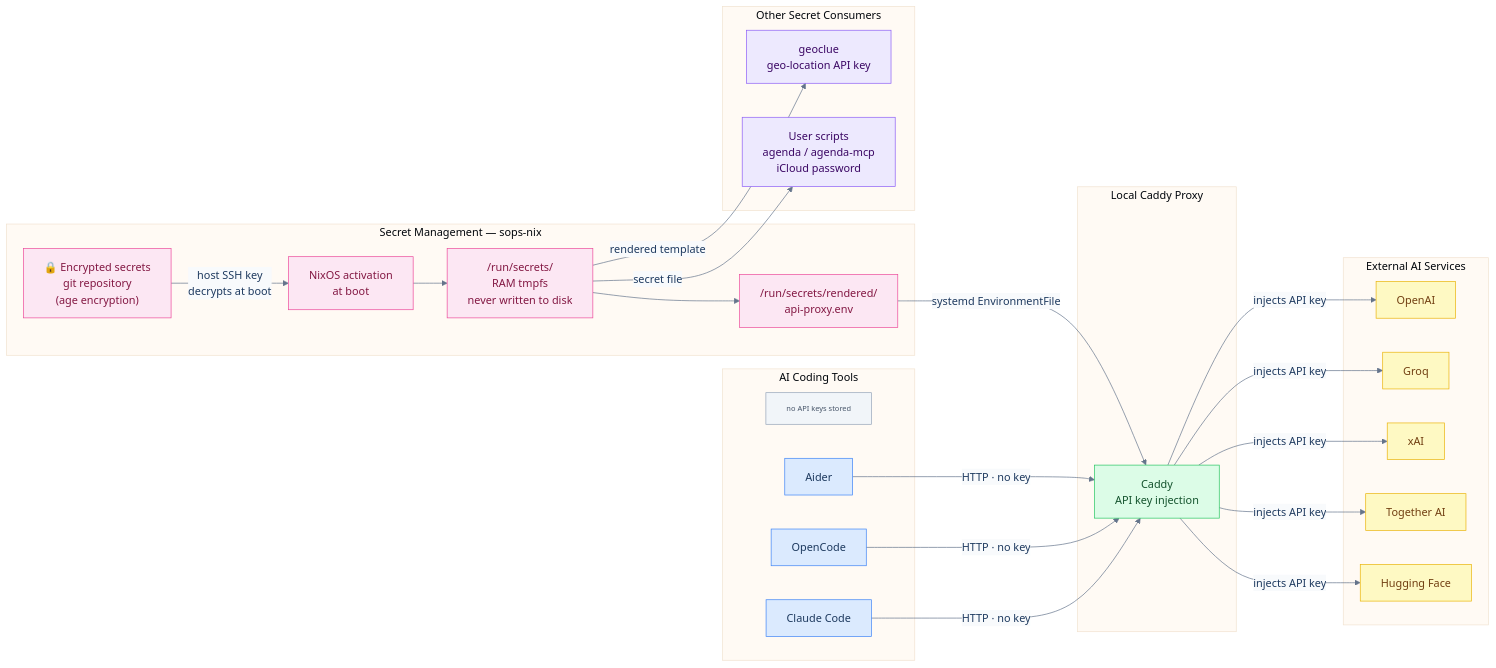
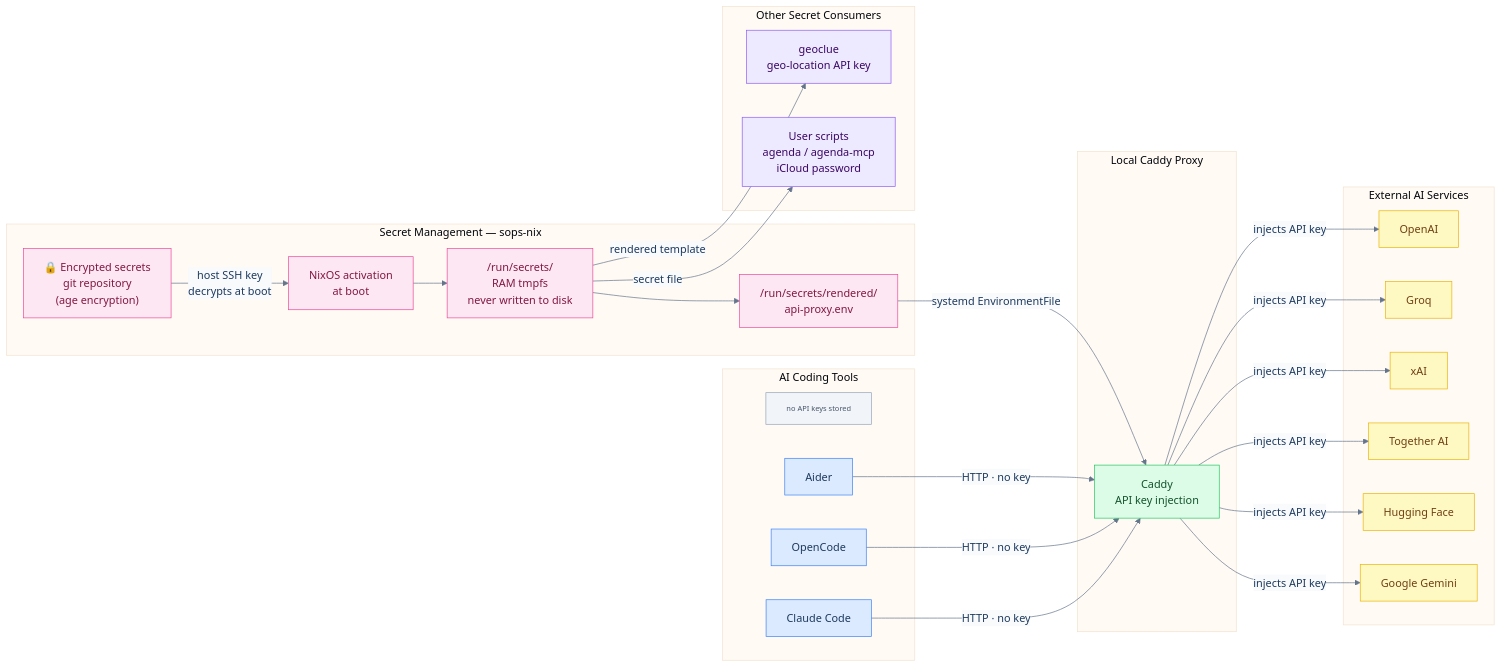
Before and after one commit to Pierre-Thibault/nixos-config: the diagram in doc/sops-architecture.mmd, drawn with Mermaid. The commit also changed 3 other files, not shown here.

Commit message:
Adding Gemini upstream to the API proxy.

```diff
--- a/doc/sops-architecture.mmd
+++ b/doc/sops-architecture.mmd
@@ -1,64 +1,66 @@
 %%{init: {"theme": "base", "themeVariables": {
   "primaryColor": "#dbeafe",
   "primaryBorderColor": "#3b82f6",
   "primaryTextColor": "#1e3a5f",
   "lineColor": "#64748b",
   "edgeLabelBackground": "#f8fafc"
 }}}%%
 flowchart LR
     subgraph tools["AI Coding Tools"]
         note1["no API keys stored"]:::note
         cc[Claude Code]:::tool
         oc[OpenCode]:::tool
         ai[Aider]:::tool
     end
 
     subgraph proxy["Local Caddy Proxy"]
         caddy["Caddy\nAPI key injection"]:::proxy
     end
 
     subgraph external["External AI Services"]
         openai[OpenAI]:::service
         groq[Groq]:::service
         xai[xAI]:::service
         together[Together AI]:::service
         hf[Hugging Face]:::service
+        gemini[Google Gemini]:::service
     end
 
     cc -->|"HTTP · no key"| caddy
     oc -->|"HTTP · no key"| caddy
     ai -->|"HTTP · no key"| caddy
 
     caddy -->|"injects API key"| openai
     caddy -->|"injects API key"| groq
     caddy -->|"injects API key"| xai
     caddy -->|"injects API key"| together
     caddy -->|"injects API key"| hf
+    caddy -->|"injects API key"| gemini
 
     subgraph sops["Secret Management — sops-nix"]
         encrypted["🔒 Encrypted secrets\ngit repository\n(age encryption)"]:::secret
         activation["NixOS activation\nat boot"]:::secret
         ram["/run/secrets/\nRAM tmpfs\nnever written to disk"]:::secret
         template["/run/secrets/rendered/\napi-proxy.env"]:::secret
 
         encrypted -->|"host SSH key\ndecrypts at boot"| activation
         activation --> ram
         ram --> template
     end
 
     template -->|"systemd EnvironmentFile"| caddy
 
     subgraph other["Other Secret Consumers"]
         geoclue["geoclue\ngeo-location API key"]:::consumer
         scripts["User scripts\nagenda / agenda-mcp\niCloud password"]:::consumer
     end
 
     ram -->|"rendered template"| geoclue
     ram -->|"secret file"| scripts
 
     classDef tool     fill:#dbeafe,stroke:#3b82f6,color:#1e3a5f
     classDef proxy    fill:#dcfce7,stroke:#22c55e,color:#14532d
     classDef service  fill:#fef9c3,stroke:#eab308,color:#713f12
     classDef secret   fill:#fce7f3,stroke:#ec4899,color:#831843
     classDef consumer fill:#ede9fe,stroke:#8b5cf6,color:#3b0764
     classDef note     fill:#f1f5f9,stroke:#94a3b8,color:#475569,font-size:11px
```
